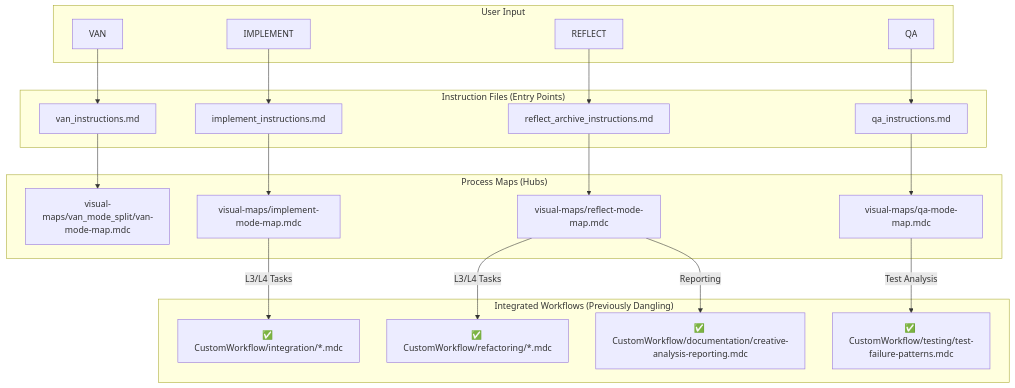
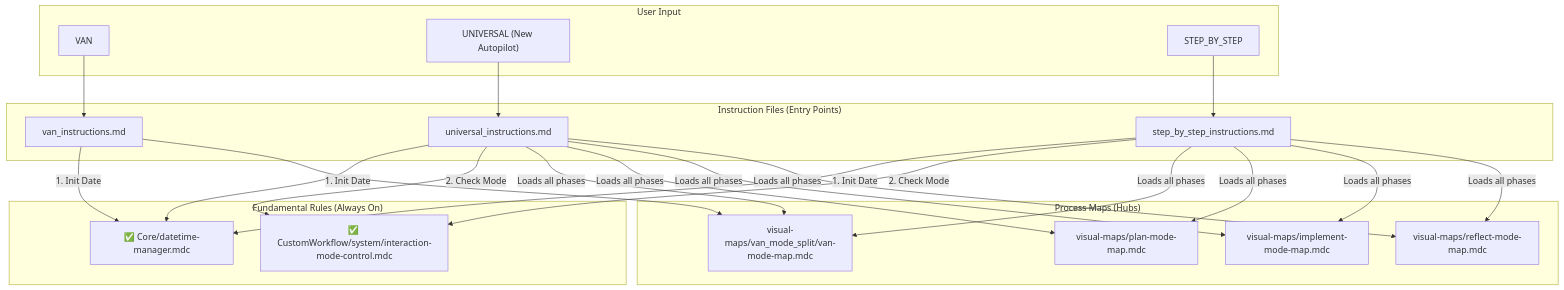
The first of 2 diagrams in info/info_1.md (vanzan01/cursor-memory-bank), drawn with Mermaid before and after one commit. The commit also changed other lines of this file and 18 other files, not shown here.

````diff
--- a/info/info_1.md
+++ b/info/info_1.md
@@ -37,46 +50,42 @@
 ```mermaid
 graph TD
     subgraph "User Input"
         U_VAN["`VAN`"]
-        U_IMPLEMENT["`IMPLEMENT`"]
-        U_REFLECT["`REFLECT`"]
-        U_QA["`QA`"]
+        U_UNIVERSAL["UNIVERSAL (New Autopilot)"]
+        U_STEP_BY_STEP["`STEP_BY_STEP`"]
     end
 
     subgraph "Instruction Files (Entry Points)"
         I_VAN["van_instructions.md"]
-        I_IMPLEMENT["implement_instructions.md"]
-        I_REFLECT["reflect_archive_instructions.md"]
-        I_QA["qa_instructions.md"]
+        I_UNIVERSAL["universal_instructions.md"]
+        I_STEP["step_by_step_instructions.md"]
+    end
+
+    subgraph "Fundamental Rules (Always On)"
+        DatetimeManager["✅ Core/datetime-manager.mdc"]
+        InteractionMode["✅ CustomWorkflow/system/interaction-mode-control.mdc"]
     end
 
     subgraph "Process Maps (Hubs)"
         VM_VAN["visual-maps/van_mode_split/van-mode-map.mdc"]
+        VM_PLAN["visual-maps/plan-mode-map.mdc"]
         VM_IMPLEMENT["visual-maps/implement-mode-map.mdc"]
         VM_REFLECT["visual-maps/reflect-mode-map.mdc"]
-        VM_QA["visual-maps/qa-mode-map.mdc"]
-    end
-
-    subgraph "Integrated Workflows (Previously Dangling)"
-        IntegrationWF["✅ CustomWorkflow/integration/*.mdc"]
-        RefactoringWF["✅ CustomWorkflow/refactoring/*.mdc"]
-        AdvancedTestingWF["✅ CustomWorkflow/testing/test-failure-patterns.mdc"]
-        AdvancedDocsWF["✅ CustomWorkflow/documentation/creative-analysis-reporting.mdc"]
     end
 
     U_VAN --> I_VAN
-    U_IMPLEMENT --> I_IMPLEMENT
-    U_REFLECT --> I_REFLECT
-    U_QA --> I_QA
+    U_UNIVERSAL --> I_UNIVERSAL
+    U_STEP_BY_STEP --> I_STEP
+
+    I_VAN -- "1. Init Date" --> DatetimeManager
+    I_UNIVERSAL -- "1. Init Date" --> DatetimeManager
+    I_STEP -- "1. Init Date" --> DatetimeManager
+
+    I_UNIVERSAL -- "2. Check Mode" --> InteractionMode
+    I_STEP -- "2. Check Mode" --> InteractionMode
+
+    I_UNIVERSAL -- "Loads all phases" --> VM_VAN & VM_PLAN & VM_IMPLEMENT & VM_REFLECT
+    I_STEP -- "Loads all phases" --> VM_VAN & VM_PLAN & VM_IMPLEMENT & VM_REFLECT
 
     I_VAN --> VM_VAN
-    I_IMPLEMENT --> VM_IMPLEMENT
-    I_REFLECT --> VM_REFLECT
-    I_QA --> VM_QA
-
-    %% NEW INTEGRATIONS
-    VM_IMPLEMENT -- "L3/L4 Tasks" --> IntegrationWF
-    VM_REFLECT -- "L3/L4 Tasks" --> RefactoringWF
-    VM_REFLECT -- "Reporting" --> AdvancedDocsWF
-    VM_QA -- "Test Analysis" --> AdvancedTestingWF
 ```
````
